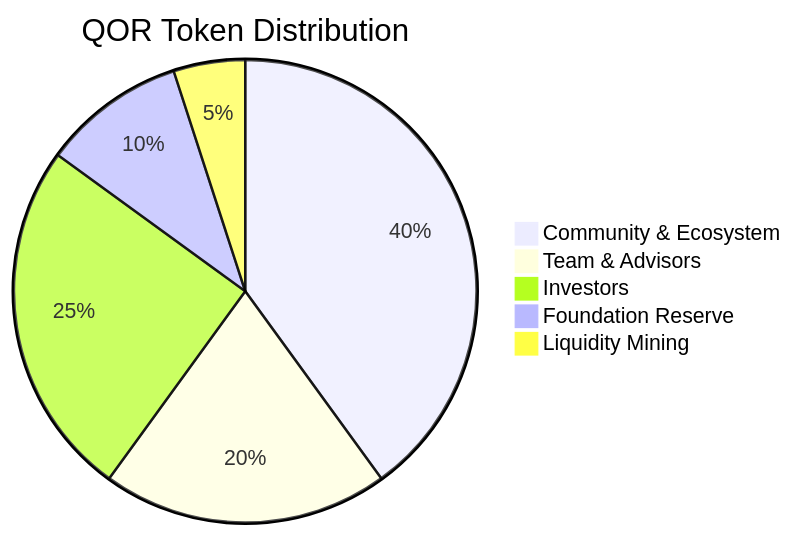
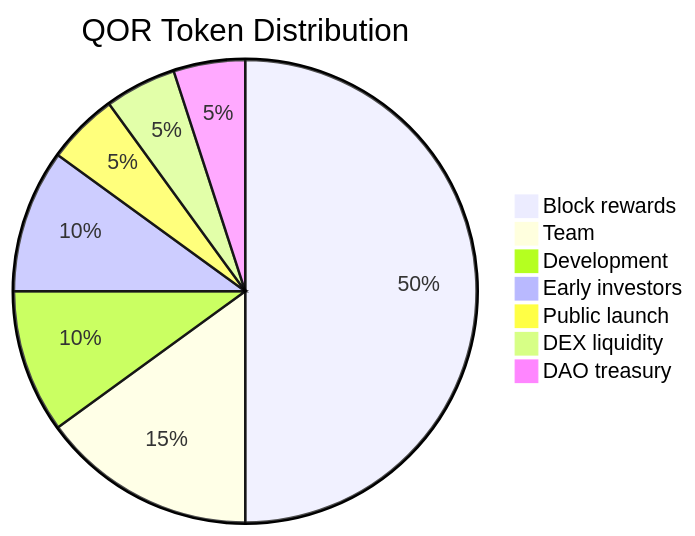
The eighth of 8 diagrams in profile/README.md (QoraNet/.github), drawn with Mermaid before and after one commit.

````diff
--- a/profile/README.md
+++ b/profile/README.md
@@ -218,8 +218,10 @@
 ```mermaid
 pie title QOR Token Distribution
-    "Community & Ecosystem" : 40
-    "Team & Advisors" : 20
-    "Investors" : 25
-    "Foundation Reserve" : 10
-    "Liquidity Mining" : 5
+    "Block rewards" : 50
+    "Team" : 15
+    "Development" : 10
+    "Early investors" : 10
+    "Public launch" : 5
+    "DEX liquidity" : 5
+    "DAO treasury" : 5
 ```
````
